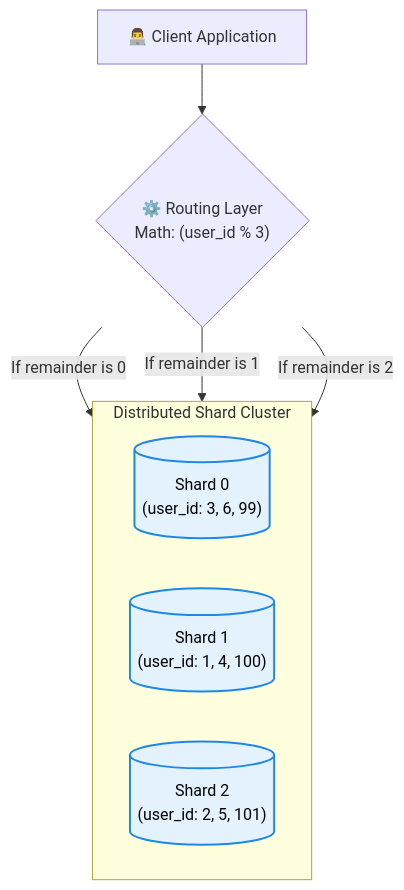
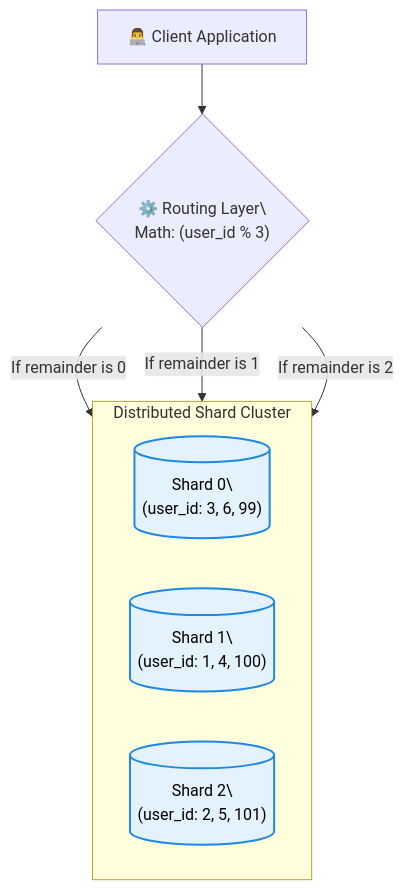
Before and after one commit to purnatadikonda5/DBMS-Notes: the first of 2 diagrams in DBMS_Partitioning_Sharding.md, drawn with Mermaid. The commit also changed other lines of this file, not shown here.

````diff
--- a/DBMS_Partitioning_Sharding.md
+++ b/DBMS_Partitioning_Sharding.md
@@ -62,19 +72,19 @@
 ```mermaid
 flowchart TD
     App["👨‍💻 Client Application"] --> Router
     
-    Router{"⚙️ Routing Layer\nMath: (user_id % 3)"}
+    Router{"⚙️ Routing Layer\\nMath: (user_id % 3)"}
     
     subgraph Cluster [Distributed Shard Cluster]
         direction LR
-        Shard0[("Shard 0\n(user_id: 3, 6, 99)")]:::shard
-        Shard1[("Shard 1\n(user_id: 1, 4, 100)")]:::shard
-        Shard2[("Shard 2\n(user_id: 2, 5, 101)")]:::shard
+        Shard0[("Shard 0\\n(user_id: 3, 6, 99)")]:::shard
+        Shard1[("Shard 1\\n(user_id: 1, 4, 100)")]:::shard
+        Shard2[("Shard 2\\n(user_id: 2, 5, 101)")]:::shard
     end
     
     Router -- "If remainder is 0" --> Shard0
     Router -- "If remainder is 1" --> Shard1
     Router -- "If remainder is 2" --> Shard2
     
     classDef shard fill:#e3f2fd,stroke:#1e88e5,color:#000,stroke-width:2px;
 ```
````
